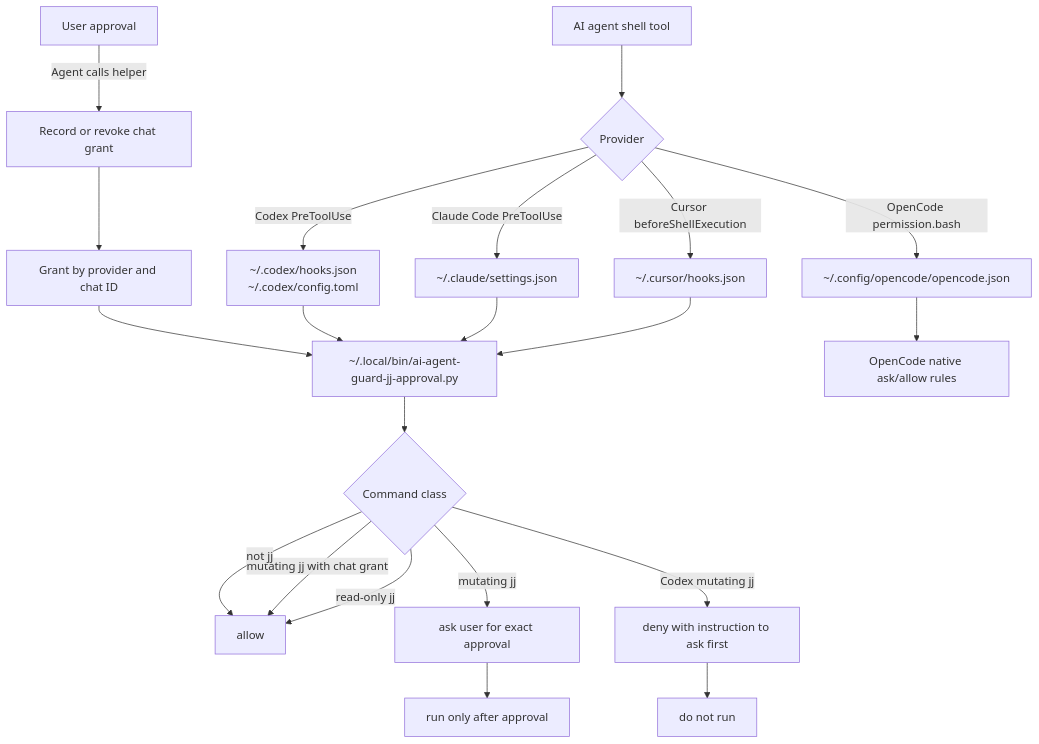
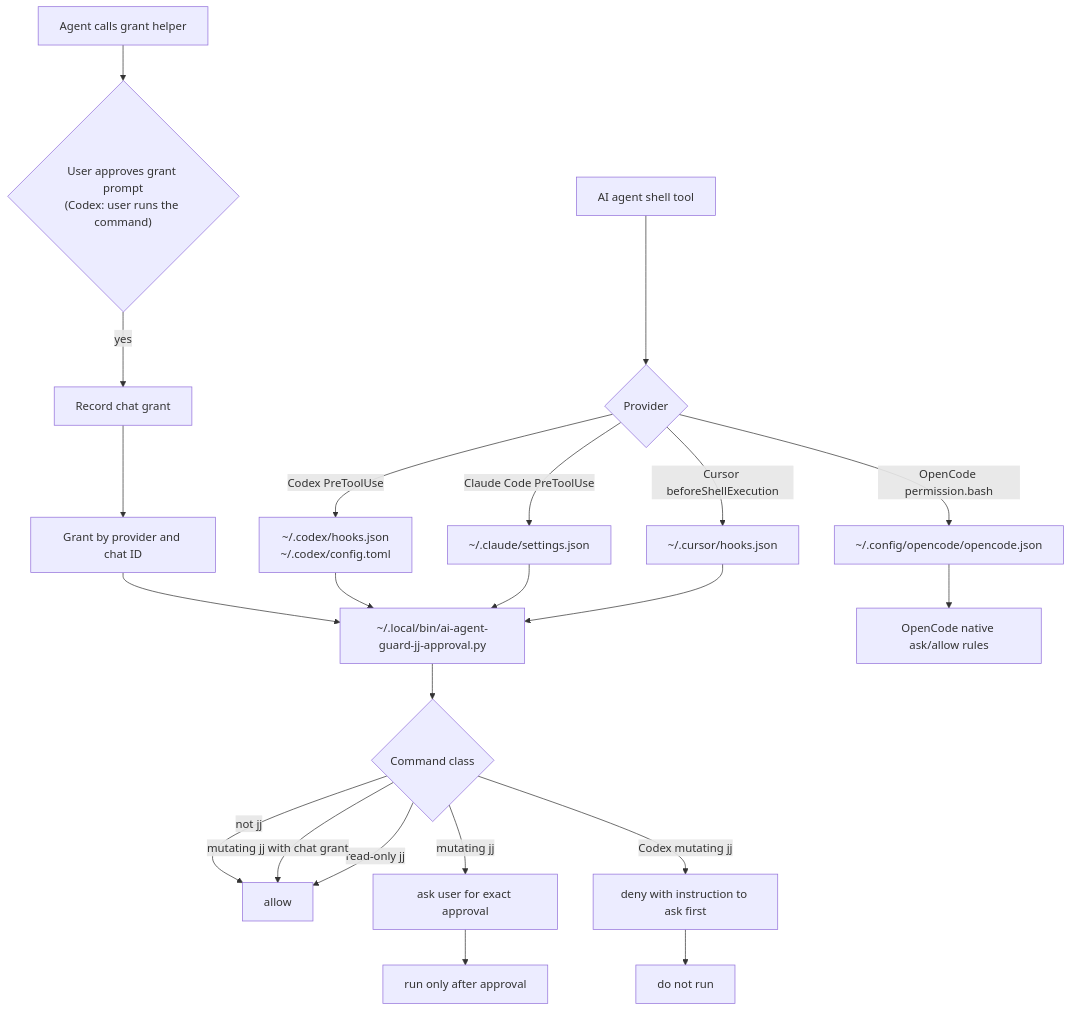
The diagram in Documentation/AI_agent_jj_approval.md (BoscoDomingo/Linux-config), drawn with Mermaid before and after one commit. The commit also changed other lines of this file and 5 other files, not shown here.

First line of the commit message:
fix(AI): require user approval for the jj chat bypass

````diff
--- a/Documentation/AI_agent_jj_approval.md
+++ b/Documentation/AI_agent_jj_approval.md
@@ -21,27 +28,28 @@
 ```mermaid
 flowchart TD
     agent["AI agent shell tool"] --> provider{"Provider"}
 
     provider -->|Cursor beforeShellExecution| cursor["~/.cursor/hooks.json"]
     provider -->|Claude Code PreToolUse| claude["~/.claude/settings.json"]
     provider -->|Codex PreToolUse| codex["~/.codex/hooks.json\n~/.codex/config.toml"]
     provider -->|OpenCode permission.bash| opencode["~/.config/opencode/opencode.json"]
 
     cursor --> guard["~/.local/bin/ai-agent-guard-jj-approval.py"]
     claude --> guard
     codex --> guard
     opencode --> ask["OpenCode native ask/allow rules"]
 
-    user["User approval"] -->|Agent calls helper| grant["Record or revoke chat grant"]
+    helper["Agent calls grant helper"] --> confirm{"User approves grant prompt\n(Codex: user runs the command)"}
+    confirm -->|yes| grant["Record chat grant"]
     grant --> state["Grant by provider and chat ID"]
     state --> guard
     guard --> classify{"Command class"}
     classify -->|read-only jj| allow["allow"]
     classify -->|mutating jj with chat grant| allow
     classify -->|mutating jj| prompt["ask user for exact approval"]
     classify -->|Codex mutating jj| deny["deny with instruction to ask first"]
     classify -->|not jj| allow
 
     prompt --> run["run only after approval"]
     deny --> stop["do not run"]
 ```
````
